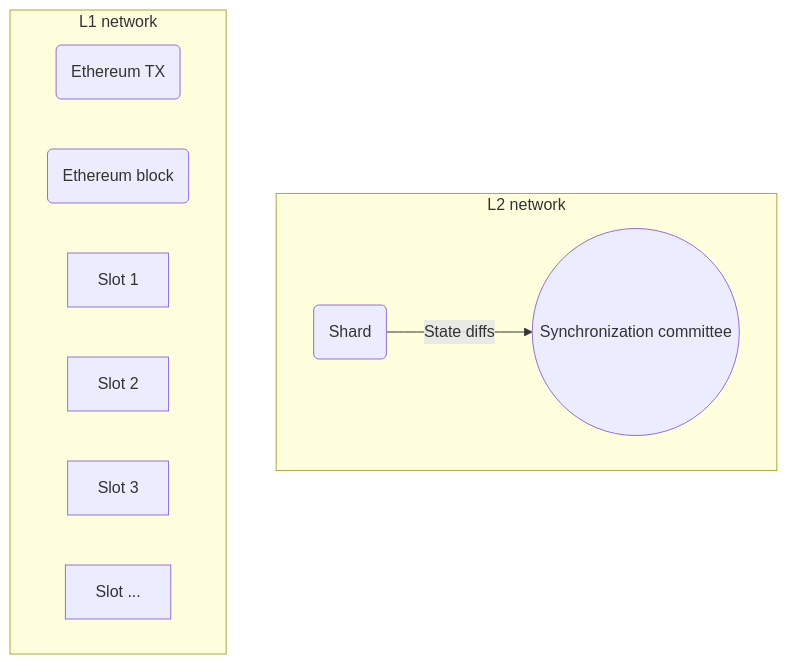
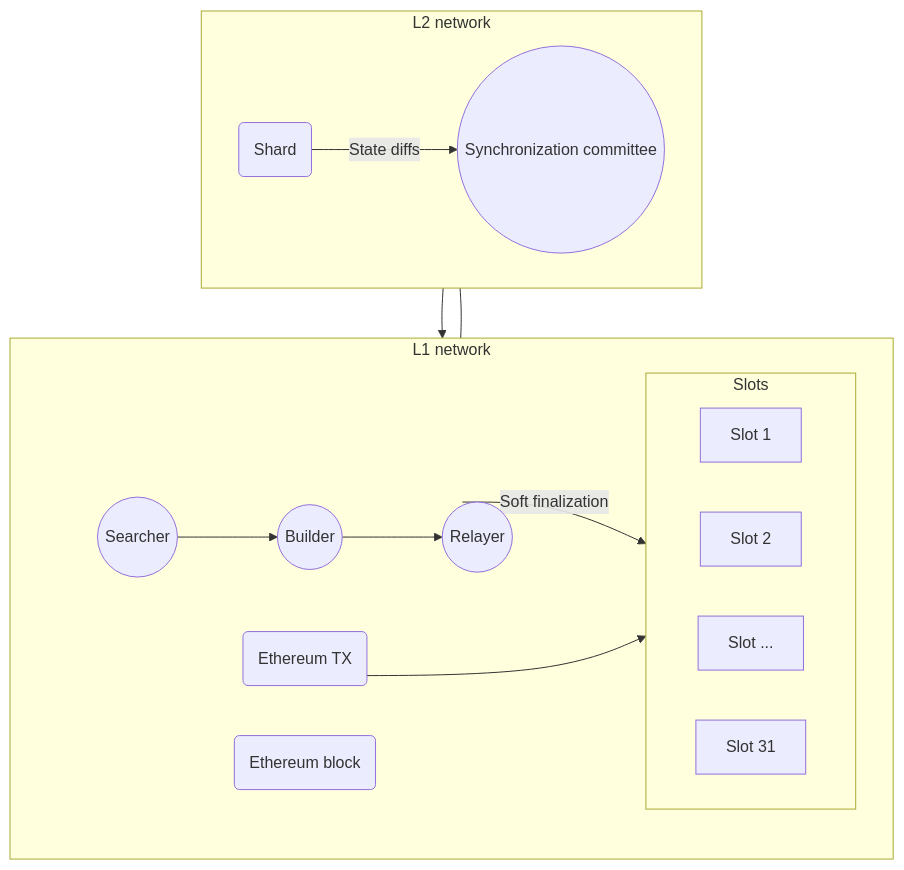
One commit to NilFoundation/docs.nil.foundation changed the diagram in nil/core-concepts/data-availability.mdx. Above: the diagram before and after it, drawn with Mermaid. The commit also changed other lines of this file and 1 other file, not shown here.

Commit message:
Data availability added to core concepts

````diff
--- a/nil/core-concepts/data-availability.mdx
+++ b/nil/core-concepts/data-availability.mdx
@@ -37,37 +37,59 @@
 ```mermaid
 %%{
   init: {
     'theme': 'base',
     'themeVariables': {
       'primaryColor': '#0f0f0f',
       'primaryTextColor': '#f1f1f1',
       'primaryBorderColor': '#f1f1f1',
       'lineColor': '#87B6FC',
       'secondaryColor': '#f1f1f1',
       'tertiaryColor': '#2f2f2f',
     },
     'flowchart':
     {
         'defaultRenderer': 'elk',
         'curve': 'step'
     }
   }
 }%%
 flowchart TB
     classDef subgraphTitleHidden display: none;
+    Actors:::subgraphTitleHidden
+    Eth:::subgraphTitleHidden
     subgraph Top["L2 network"]
         direction LR
         SHRD(Shard)
         SYNCCOM((Synchronization committee))
         SHRD -- State diffs --> SYNCCOM
     end
     subgraph Bottom["L1 network"]
         direction LR
         ETHX(Ethereum TX)
         ETHB(Ethereum block)
-        SLTONE[Slot 1]
-        SLTTWO[Slot 2]
-        SLTTHREE[Slot 3]
-        SLTDTS[Slot ...]
+        subgraph Eth
+            direction LR
+            ETHB
+            ETHX
+        end
+        subgraph Slots
+            direction LR
+            SLTONE[Slot 1]
+            SLTTWO[Slot 2]
+            SLTDTS[Slot ...]
+            SLTTHREE[Slot 31]
+        end
+        subgraph Actors
+            direction LR
+            SRCHR((Searcher))
+            BLDR((Builder))
+            RLR((Relayer))
+            SRCHR --> BLDR
+            BLDR --> RLR
+        end
+        RLR -- Soft finalization --> Slots
+        ETHB --> Slots 
     end
+    SYNCCOM --> BLDR
+    SYNCCOM --- ETHB
 ```
````
